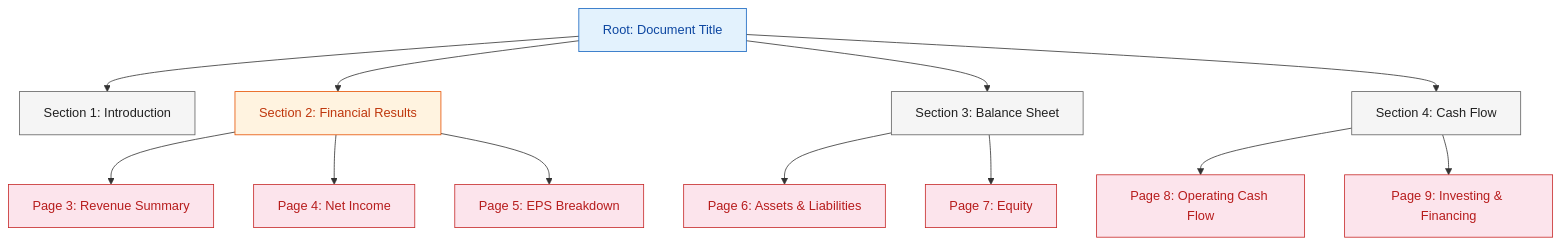
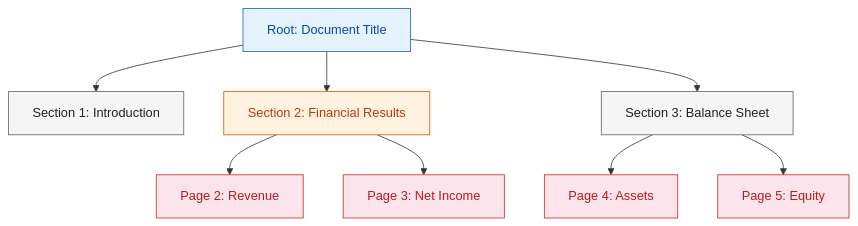
One commit to AyushSinghRana15/Vectorless-RAG changed the second of 2 diagrams in lab1/lab1_vectorless_rag.md. Above: the diagram before and after it, drawn with Mermaid.

Commit message:
Simplify tree construction Mermaid diagram

````diff
--- a/lab1/lab1_vectorless_rag.md
+++ b/lab1/lab1_vectorless_rag.md
@@ -74,30 +74,21 @@
 ```mermaid
 graph TD
     R["Root: Document Title"] --> A["Section 1: Introduction"]
     R --> B["Section 2: Financial Results"]
     R --> C["Section 3: Balance Sheet"]
-    R --> D["Section 4: Cash Flow"]
 
-    B --> B1["Page 3: Revenue Summary"]
-    B --> B2["Page 4: Net Income"]
-    B --> B3["Page 5: EPS Breakdown"]
+    B --> B1["Page 2: Revenue"]
+    B --> B2["Page 3: Net Income"]
 
-    C --> C1["Page 6: Assets & Liabilities"]
-    C --> C2["Page 7: Equity"]
-
-    D --> D1["Page 8: Operating Cash Flow"]
-    D --> D2["Page 9: Investing & Financing"]
+    C --> C1["Page 4: Assets"]
+    C --> C2["Page 5: Equity"]
 
     style R fill:#e3f2fd,stroke:#1565c0,color:#0d47a1
     style A fill:#f5f5f5,stroke:#616161,color:#212121
     style B fill:#fff3e0,stroke:#e65100,color:#bf360c
     style C fill:#f5f5f5,stroke:#616161,color:#212121
-    style D fill:#f5f5f5,stroke:#616161,color:#212121
     style B1 fill:#fce4ec,stroke:#c62828,color:#b71c1c
     style B2 fill:#fce4ec,stroke:#c62828,color:#b71c1c
-    style B3 fill:#fce4ec,stroke:#c62828,color:#b71c1c
     style C1 fill:#fce4ec,stroke:#c62828,color:#b71c1c
     style C2 fill:#fce4ec,stroke:#c62828,color:#b71c1c
-    style D1 fill:#fce4ec,stroke:#c62828,color:#b71c1c
-    style D2 fill:#fce4ec,stroke:#c62828,color:#b71c1c
 ```
````
